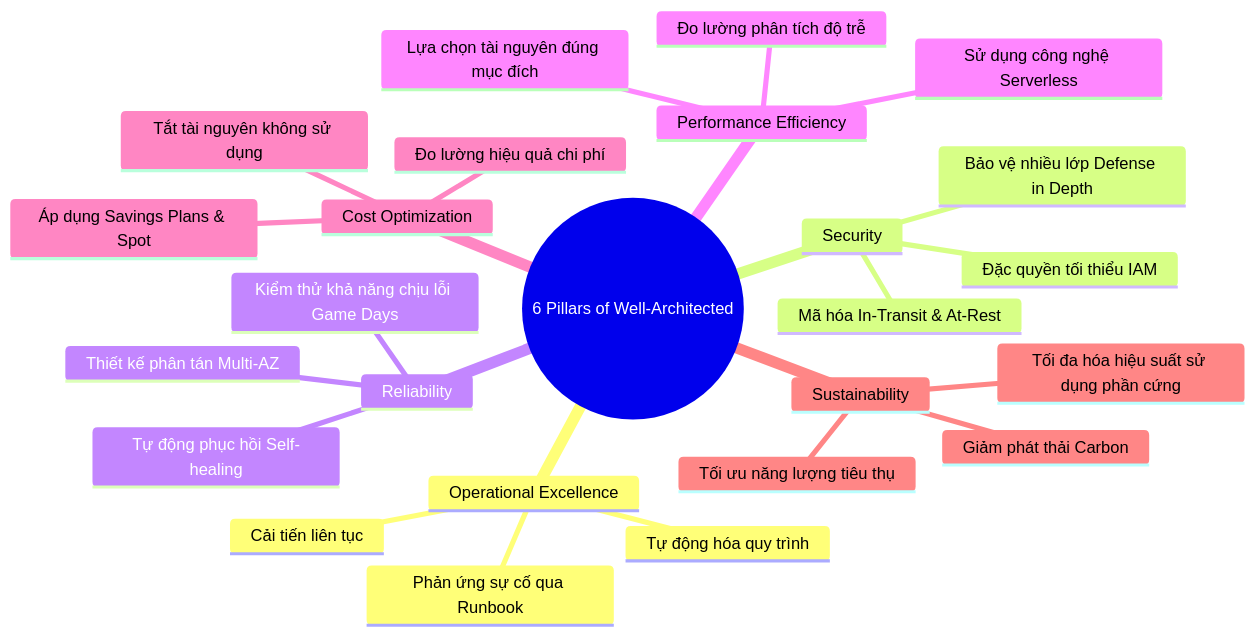
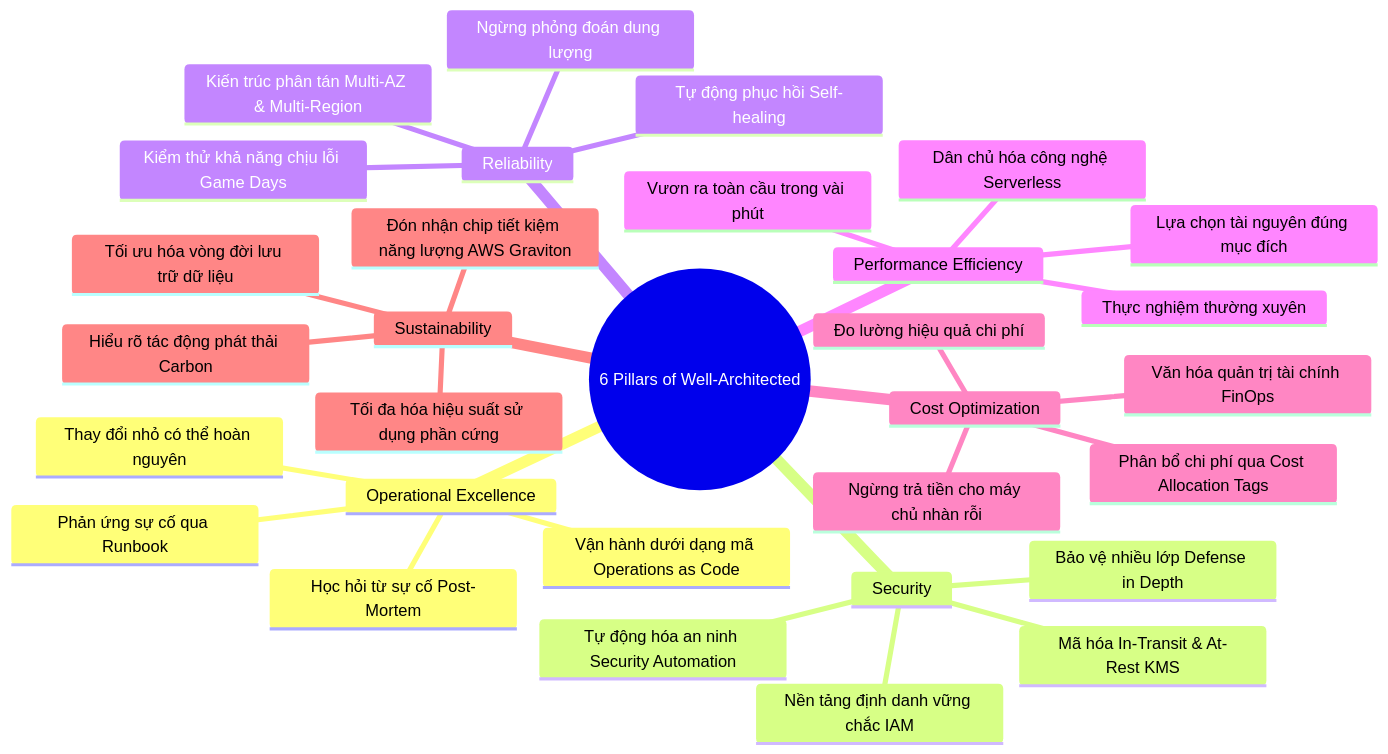
Before and after one commit to nhatphanhk/AWS_XBrain_Note: the first of 3 diagrams in AWS_Services/AWS_Well_Architected_Framework.md, drawn with Mermaid. The commit also changed other lines of this file and 15 other files, not shown here.

````diff
--- a/AWS_Services/AWS_Well_Architected_Framework.md
+++ b/AWS_Services/AWS_Well_Architected_Framework.md
@@ -37,28 +27,34 @@
 ```mermaid
 mindmap
   root((6 Pillars of Well-Architected))
     Operational Excellence
-      Tự động hóa quy trình
+      Vận hành dưới dạng mã Operations as Code
+      Thay đổi nhỏ có thể hoàn nguyên
       Phản ứng sự cố qua Runbook
-      Cải tiến liên tục
+      Học hỏi từ sự cố Post-Mortem
     Security
-      Đặc quyền tối thiểu IAM
-      Mã hóa In-Transit & At-Rest
+      Nền tảng định danh vững chắc IAM
       Bảo vệ nhiều lớp Defense in Depth
+      Mã hóa In-Transit & At-Rest KMS
+      Tự động hóa an ninh Security Automation
     Reliability
       Tự động phục hồi Self-healing
+      Ngừng phỏng đoán dung lượng
       Kiểm thử khả năng chịu lỗi Game Days
-      Thiết kế phân tán Multi-AZ
+      Kiến trúc phân tán Multi-AZ & Multi-Region
     Performance Efficiency
-      Sử dụng công nghệ Serverless
-      Đo lường phân tích độ trễ
+      Dân chủ hóa công nghệ Serverless
+      Vươn ra toàn cầu trong vài phút
       Lựa chọn tài nguyên đúng mục đích
+      Thực nghiệm thường xuyên
     Cost Optimization
+      Văn hóa quản trị tài chính FinOps
       Đo lường hiệu quả chi phí
-      Tắt tài nguyên không sử dụng
-      Áp dụng Savings Plans & Spot
+      Ngừng trả tiền cho máy chủ nhàn rỗi
+      Phân bổ chi phí qua Cost Allocation Tags
     Sustainability
-      Tối ưu năng lượng tiêu thụ
-      Giảm phát thải Carbon
+      Hiểu rõ tác động phát thải Carbon
       Tối đa hóa hiệu suất sử dụng phần cứng
+      Đón nhận chip tiết kiệm năng lượng AWS Graviton
+      Tối ưu hóa vòng đời lưu trữ dữ liệu
 ```
````
